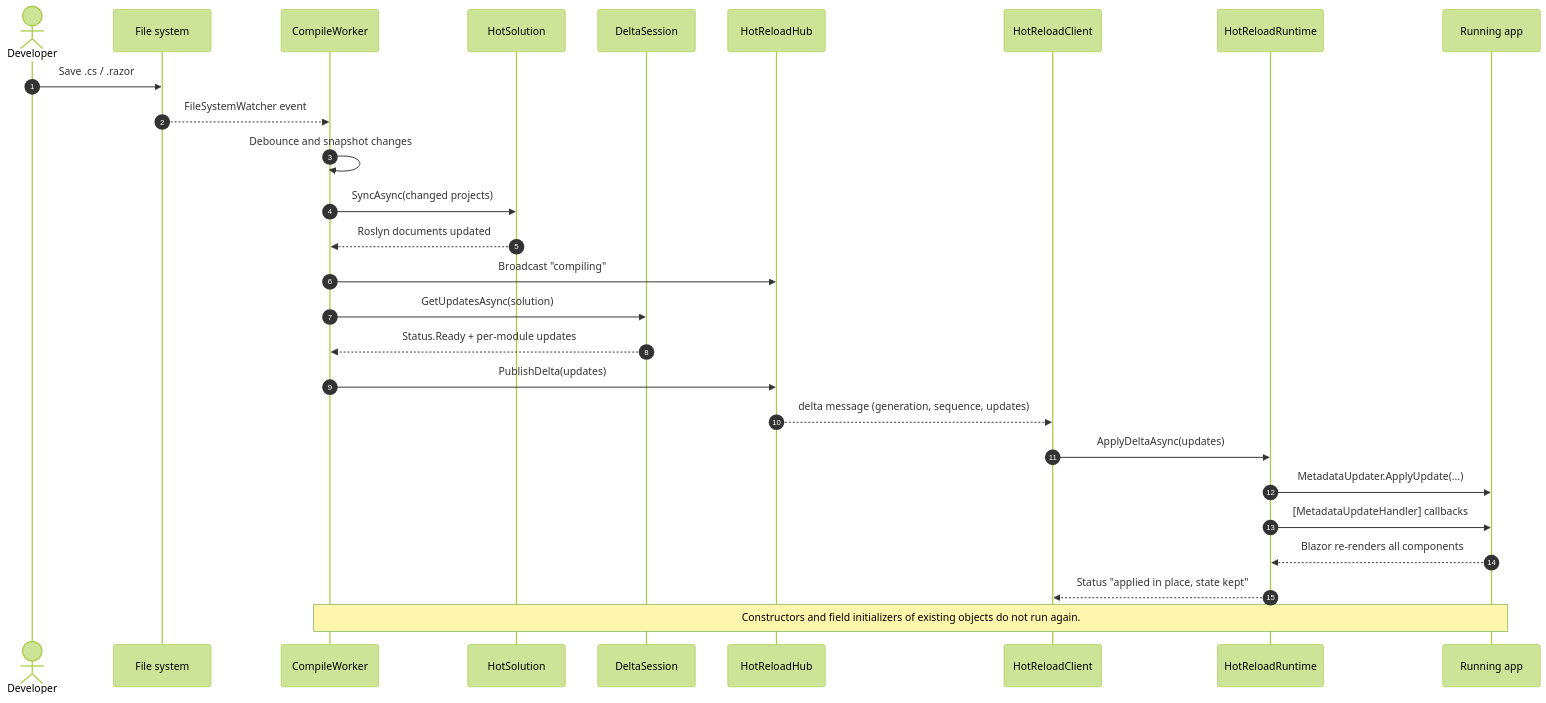
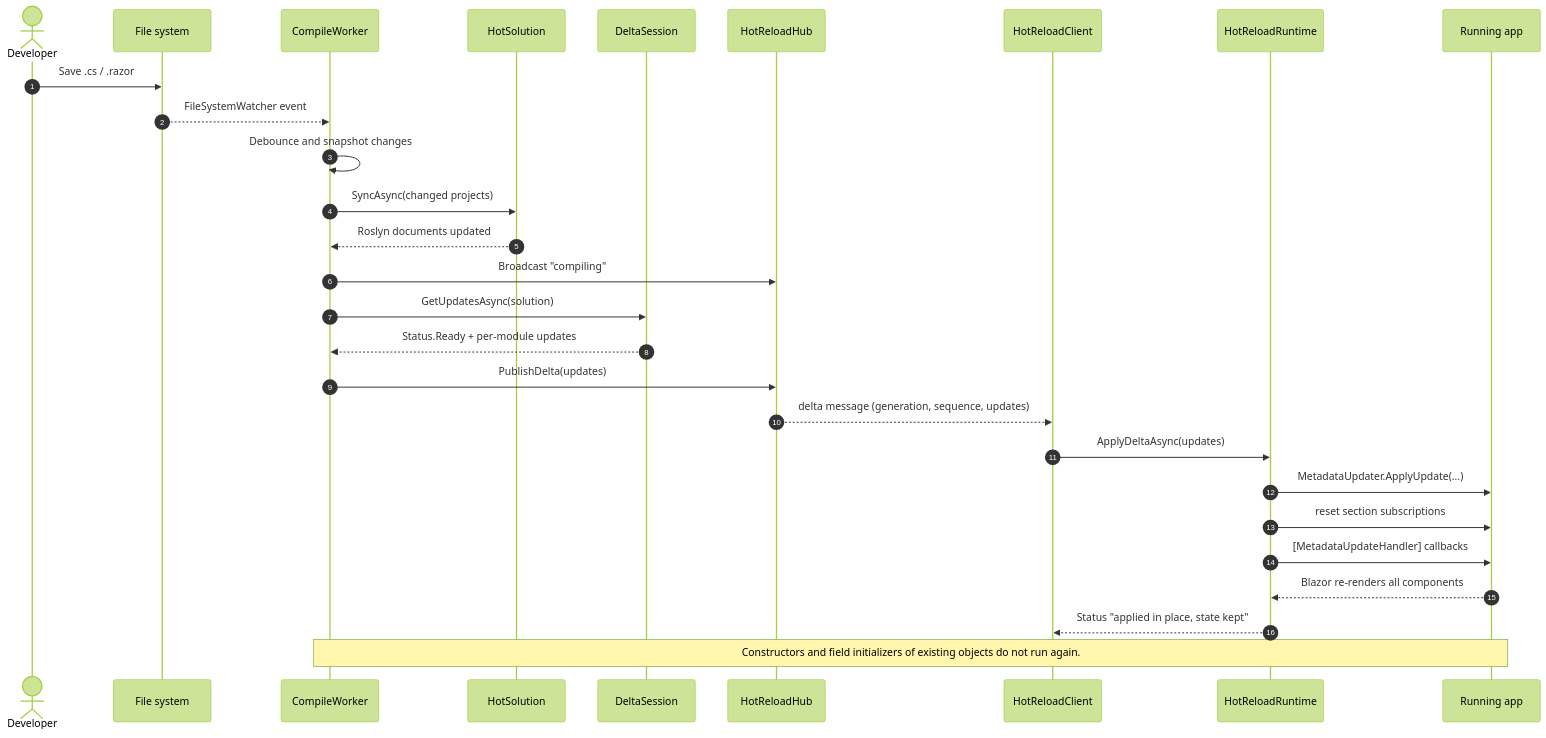
One commit to flyingpie/blazor-hotter-reload changed the fourth of 6 diagrams in ARCHITECTURE.md. Above: the diagram before and after it, drawn with Mermaid (forest theme). The commit also changed other lines of this file and 6 other files, not shown here.

Commit message:
Reset section subscriptions before hot reload renders

````diff
--- a/ARCHITECTURE.md
+++ b/ARCHITECTURE.md
@@ -167,30 +173,31 @@
 ```mermaid
 sequenceDiagram
     autonumber
     actor Dev as Developer
     participant FS as File system
     participant W as CompileWorker
     participant S as HotSolution
     participant D as DeltaSession
     participant H as HotReloadHub
     participant C as HotReloadClient
     participant R as HotReloadRuntime
     participant A as Running app
 
     Dev->>FS: Save .cs / .razor
     FS-->>W: FileSystemWatcher event
     W->>W: Debounce and snapshot changes
     W->>S: SyncAsync(changed projects)
     S-->>W: Roslyn documents updated
     W->>H: Broadcast "compiling"
     W->>D: GetUpdatesAsync(solution)
     D-->>W: Status.Ready + per-module updates
     W->>H: PublishDelta(updates)
     H-->>C: delta message (generation, sequence, updates)
     C->>R: ApplyDeltaAsync(updates)
     R->>A: MetadataUpdater.ApplyUpdate(...)
+    R->>A: reset section subscriptions
     R->>A: [MetadataUpdateHandler] callbacks
     A-->>R: Blazor re-renders all components
     R-->>C: Status "applied in place, state kept"
     Note over W,A: Constructors and field initializers of existing objects do not run again.
 ```
````
